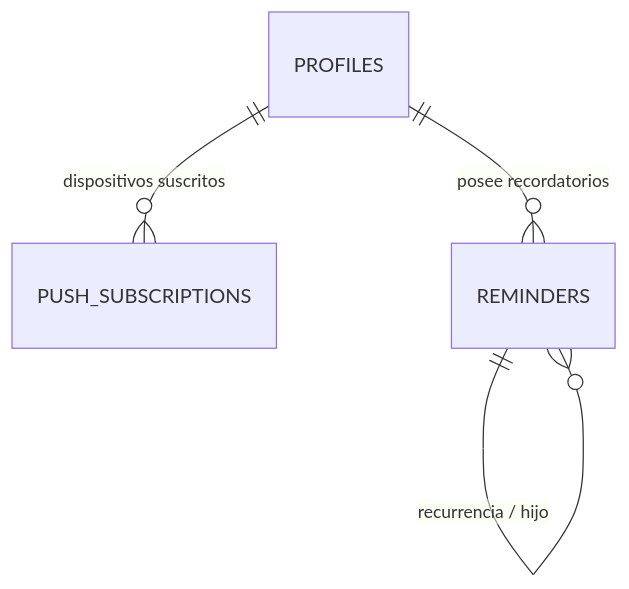
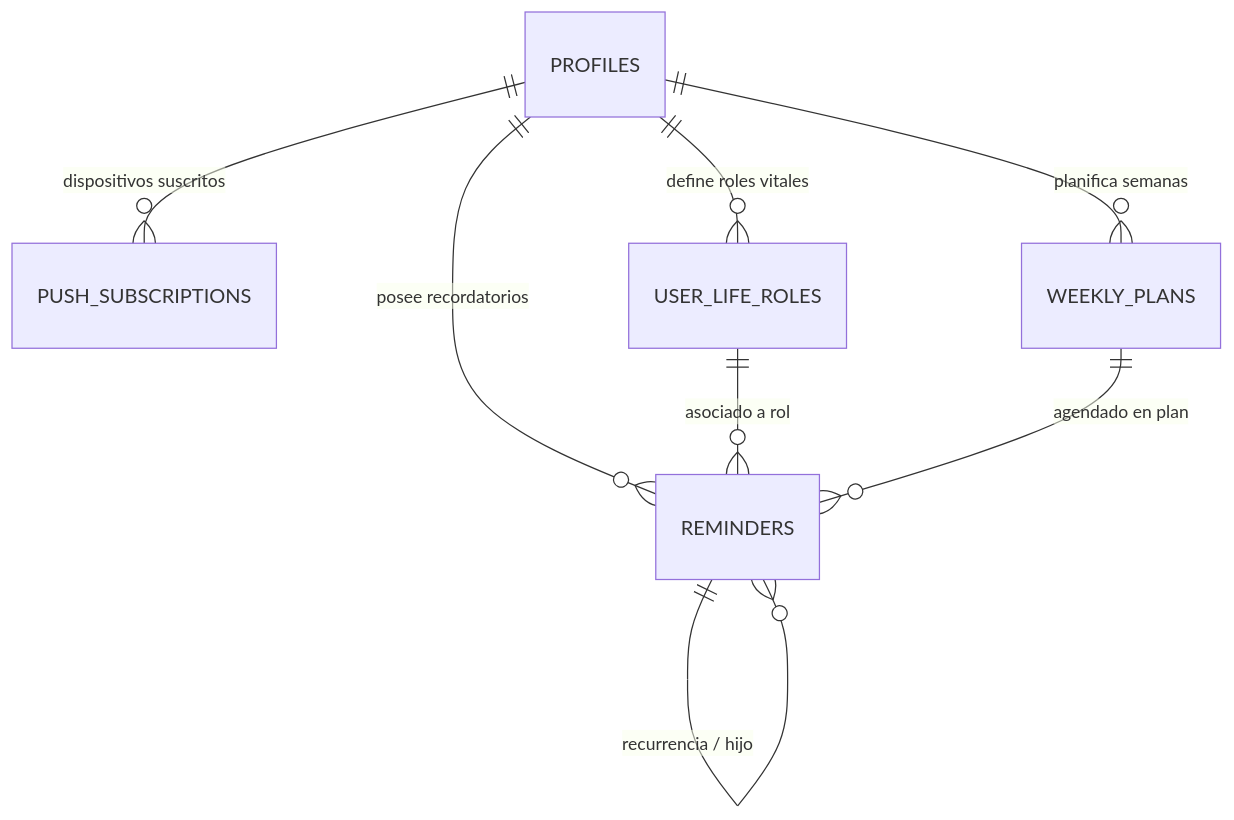
Before and after one commit to jottache/quebrado: the fifth of 5 diagrams in DATABASE_MODELS.md, drawn with Mermaid. The commit also changed other lines of this file and 2 other files, not shown here.

````diff
--- a/DATABASE_MODELS.md
+++ b/DATABASE_MODELS.md
@@ -322,6 +322,10 @@
 ```mermaid
 erDiagram
     PROFILES ||--o{ PUSH_SUBSCRIPTIONS : "dispositivos suscritos"
+    PROFILES ||--o{ USER_LIFE_ROLES : "define roles vitales"
+    PROFILES ||--o{ WEEKLY_PLANS : "planifica semanas"
     PROFILES ||--o{ REMINDERS : "posee recordatorios"
+    USER_LIFE_ROLES ||--o{ REMINDERS : "asociado a rol"
+    WEEKLY_PLANS ||--o{ REMINDERS : "agendado en plan"
     REMINDERS ||--o{ REMINDERS : "recurrencia / hijo"
 ```
````
